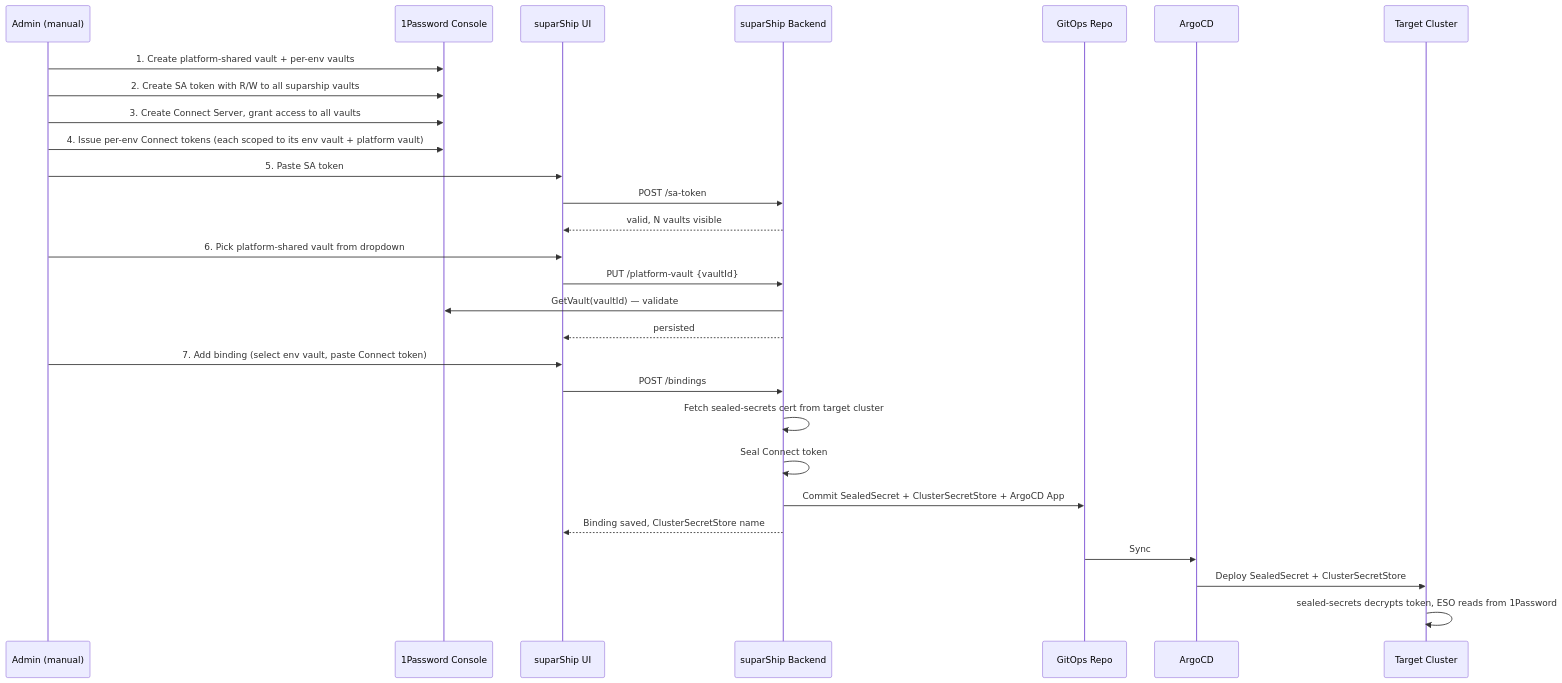
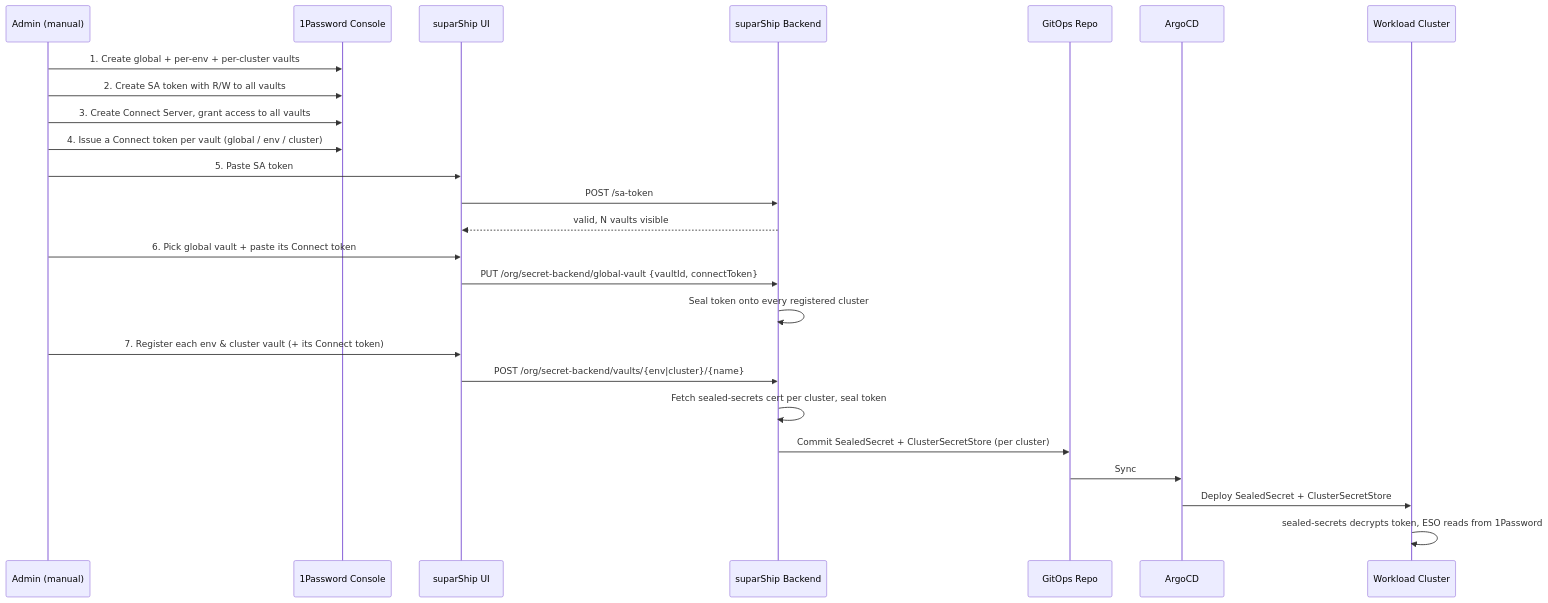
The diagram in docs/secrets.md (suparcloud/suparship), drawn with Mermaid before and after one commit. The commit also changed other lines of this file and 2 other files, not shown here.

First line of the commit message:
docs(secrets): rewrite Setup Guide + secrets.md for the 3-scope model

````diff
--- a/docs/secrets.md
+++ b/docs/secrets.md
@@ -28,31 +76,28 @@
 ```mermaid
 sequenceDiagram
     participant Admin as Admin (manual)
     participant OP as 1Password Console
     participant UI as suparShip UI
     participant API as suparShip Backend
     participant Git as GitOps Repo
     participant Argo as ArgoCD
-    participant Target as Target Cluster
+    participant Cluster as Workload Cluster
 
-    Admin->>OP: 1. Create platform-shared vault + per-env vaults
-    Admin->>OP: 2. Create SA token with R/W to all suparship vaults
+    Admin->>OP: 1. Create global + per-env + per-cluster vaults
+    Admin->>OP: 2. Create SA token with R/W to all vaults
     Admin->>OP: 3. Create Connect Server, grant access to all vaults
-    Admin->>OP: 4. Issue per-env Connect tokens (each scoped to its env vault + platform vault)
+    Admin->>OP: 4. Issue a Connect token per vault (global / env / cluster)
     Admin->>UI: 5. Paste SA token
     UI->>API: POST /sa-token
     API-->>UI: valid, N vaults visible
-    Admin->>UI: 6. Pick platform-shared vault from dropdown
-    UI->>API: PUT /platform-vault {vaultId}
-    API->>OP: GetVault(vaultId) — validate
-    API-->>UI: persisted
-    Admin->>UI: 7. Add binding (select env vault, paste Connect token)
-    UI->>API: POST /bindings
-    API->>API: Fetch sealed-secrets cert from target cluster
-    API->>API: Seal Connect token
-    API->>Git: Commit SealedSecret + ClusterSecretStore + ArgoCD App
-    API-->>UI: Binding saved, ClusterSecretStore name
+    Admin->>UI: 6. Pick global vault + paste its Connect token
+    UI->>API: PUT /org/secret-backend/global-vault {vaultId, connectToken}
+    API->>API: Seal token onto every registered cluster
+    Admin->>UI: 7. Register each env & cluster vault (+ its Connect token)
+    UI->>API: POST /org/secret-backend/vaults/{env|cluster}/{name}
+    API->>API: Fetch sealed-secrets cert per cluster, seal token
+    API->>Git: Commit SealedSecret + ClusterSecretStore (per cluster)
     Git->>Argo: Sync
-    Argo->>Target: Deploy SealedSecret + ClusterSecretStore
-    Target->>Target: sealed-secrets decrypts token, ESO reads from 1Password
+    Argo->>Cluster: Deploy SealedSecret + ClusterSecretStore
+    Cluster->>Cluster: sealed-secrets decrypts token, ESO reads from 1Password
 ```
````
